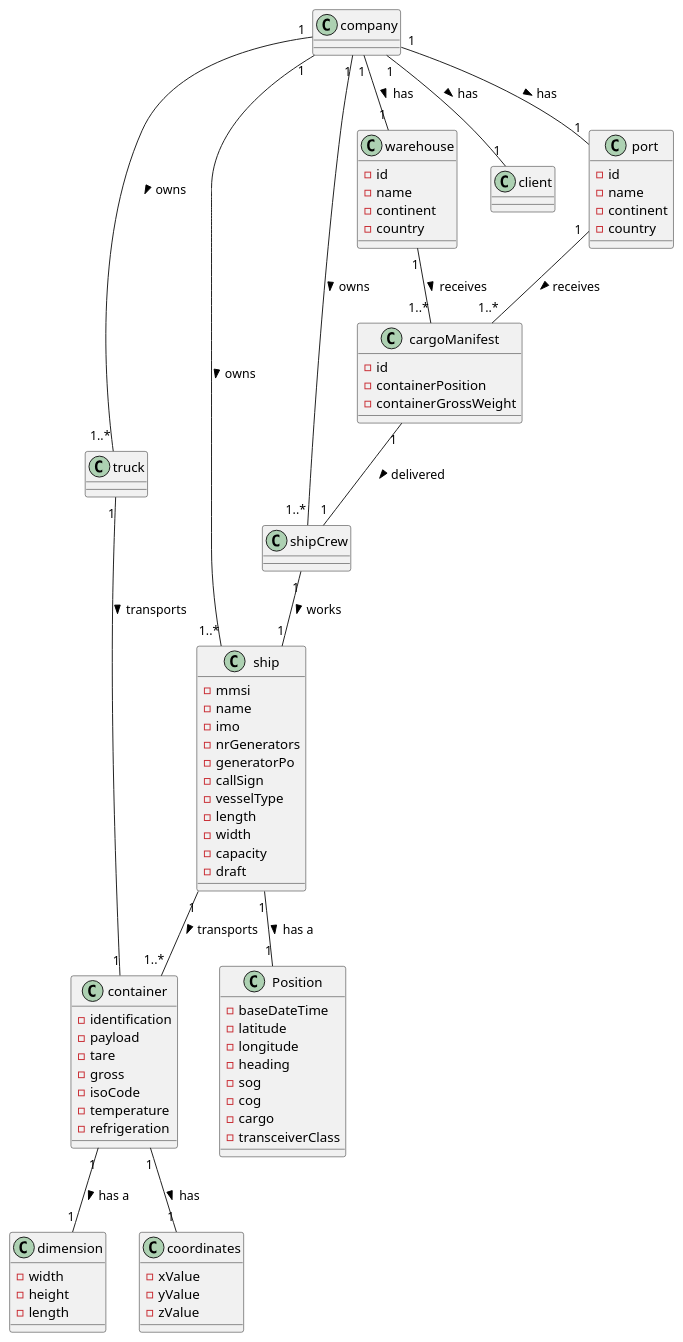
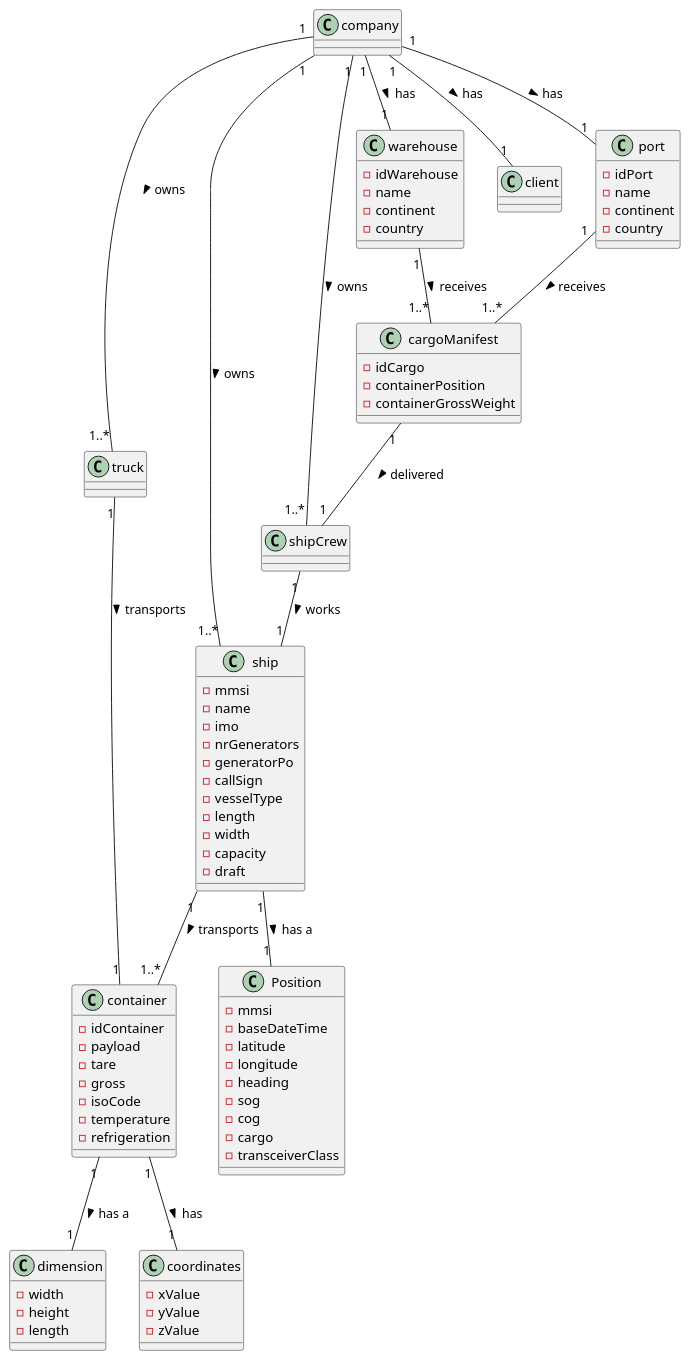
One commit to GuilhermeCunha79/LAPR3 changed the diagram in docs/Sprint 1/DomainModel.puml. Above: the diagram before and after it, drawn with PlantUML. The commit also changed 6 other files, not shown here.

```diff
--- a/docs/Sprint 1/DomainModel.puml
+++ b/docs/Sprint 1/DomainModel.puml
@@ -1,99 +1,100 @@
 @startuml
 'https://plantuml.com/sequence-diagram
 
 top to bottom direction
 
 company"1" --- "1..*"truck : > owns
 company"1" --- "1..*"ship : > owns
 company"1" --- "1..*"shipCrew : > owns
 company"1" -- "1"warehouse : > has
 company"1" -- "1"client : > has
 company"1" -- "1"port : > has
 ship"1" -- "1..*" container:> transports
 ship"1" -- "1"Position:> has a
 container"1" -- "1"dimension :> has a
 container"1" -- "1"coordinates:> has
 truck"1" -- "1"container:> transports
 warehouse"1" --"1..*"cargoManifest :> receives
 port"1" -- "1..*"cargoManifest :> receives
 shipCrew"1" -- "1"ship :> works
 cargoManifest"1" -- "1"shipCrew :> delivered
 
 class company{
 }
 
 class dimension{
 -width
 -height
 -length
 }
 
 class shipCrew{
 }
 
 class container{
--identification
+-idContainer
 -payload
 -tare
 -gross
 -isoCode
 -temperature
 -refrigeration
 }
 
 class truck{
 }
 
 class ship{
 -mmsi
 -name
 -imo
 -nrGenerators
 -generatorPo
 -callSign
 -vesselType
 -length
 -width
 -capacity
 -draft
 }
 
 class coordinates{
 -xValue
 -yValue
 -zValue
 }
 
 class Position{
+-mmsi
 -baseDateTime
 -latitude
 -longitude
 -heading
 -sog
 -cog
 -cargo
 -transceiverClass
 }
 
 class port{
--id
+-idPort
 -name
 -continent
 -country
 }
 
 class warehouse{
--id
+-idWarehouse
 -name
 -continent
 -country
 }
 
 class cargoManifest{
--id
+-idCargo
 -containerPosition
 -containerGrossWeight
 }
 
 
 @enduml
```
